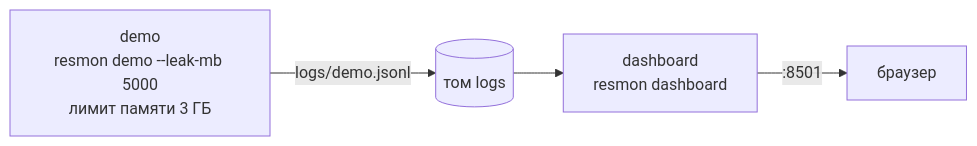
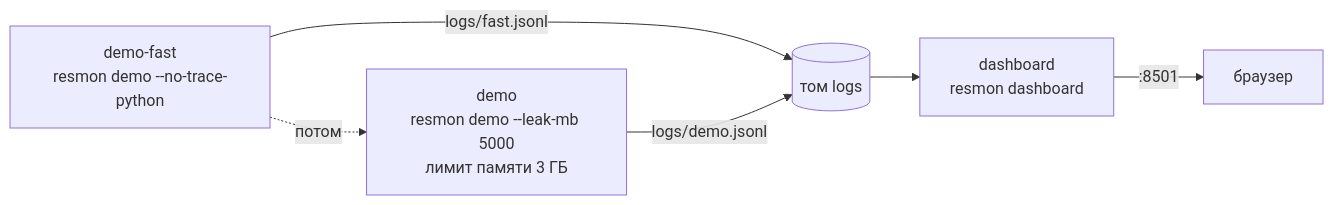
The second of 2 diagrams in README.md (MichaelToschenko/ml_resource_monitor_homework), drawn with Mermaid before and after one commit. The commit also changed other lines of this file and 7 other files, not shown here.

````diff
--- a/README.md
+++ b/README.md
@@ -125,6 +125,8 @@
 ```mermaid
 flowchart LR
-    demo["demo<br/>resmon demo --leak-mb 5000<br/>лимит памяти 3 ГБ"] -- "logs/demo.jsonl" --> volume[("том logs")]
+    fast["demo-fast<br/>resmon demo --no-trace-python"] -- "logs/fast.jsonl" --> volume[("том logs")]
+    fast -. "потом" .-> demo
+    demo["demo<br/>resmon demo --leak-mb 5000<br/>лимит памяти 3 ГБ"] -- "logs/demo.jsonl" --> volume
     volume --> dashboard["dashboard<br/>resmon dashboard"]
     dashboard -- ":8501" --> browser["браузер"]
 ```
````
